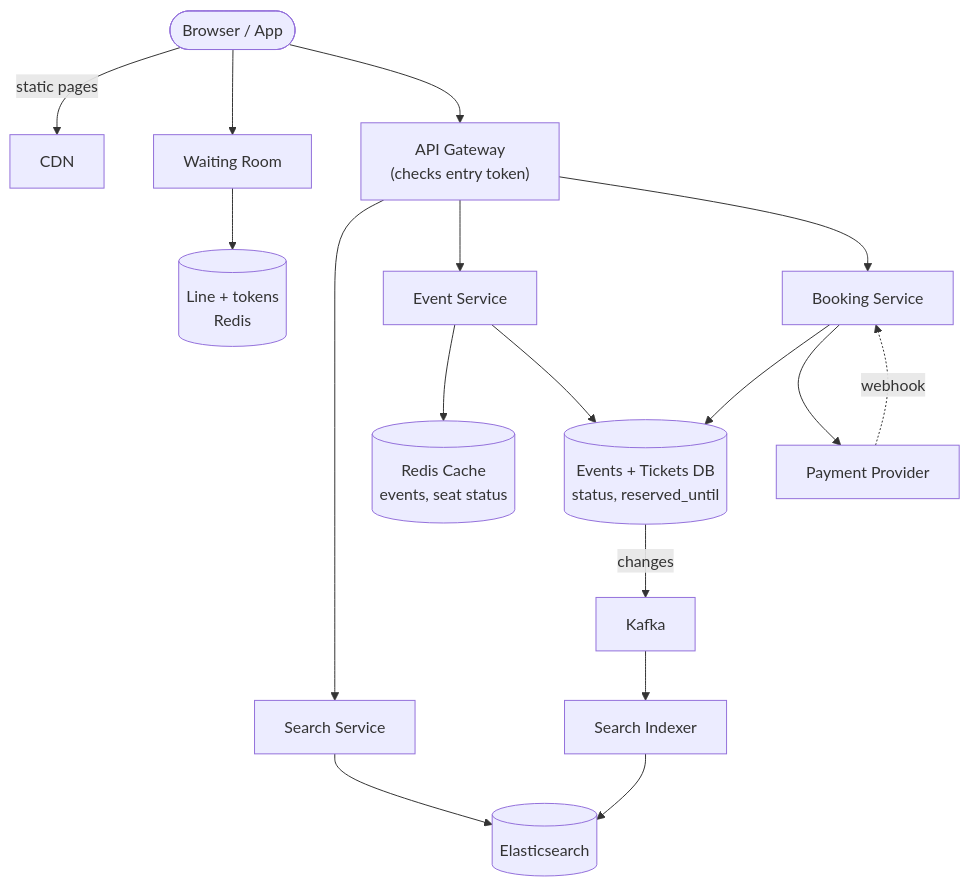
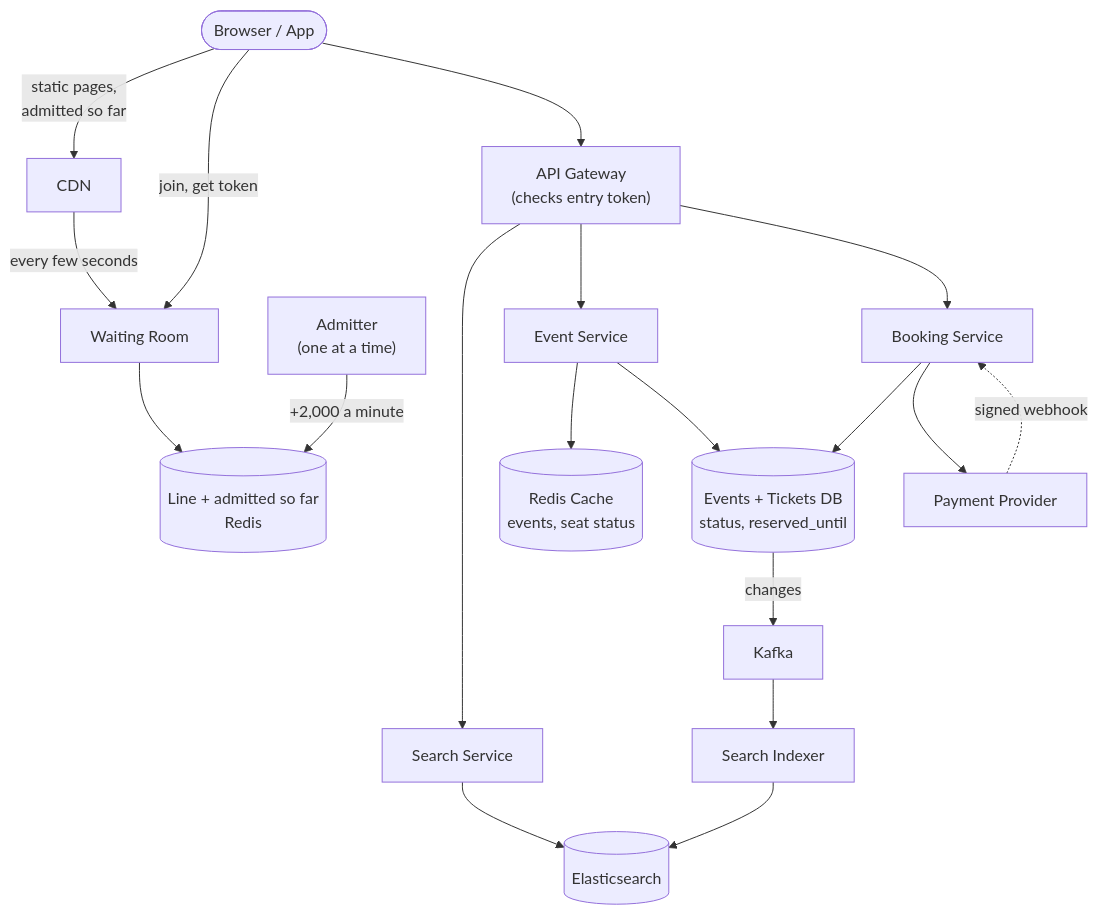
The fourth of 4 diagrams in content/system-design/questions/ticket-booking.mdx (iamrs77/interview-ready), drawn with Mermaid before and after one commit. The commit also changed other lines of this file and 132 other files, not shown here.

````diff
--- a/content/system-design/questions/ticket-booking.mdx
+++ b/content/system-design/questions/ticket-booking.mdx
@@ -249,20 +256,22 @@
 ```mermaid
 flowchart TB
   Client(["Browser / App"]):::client
-  Client -->|"static pages"| CDN["CDN"]:::storage
-  Client --> WR["Waiting Room"]:::service
-  WR --> Line[("Line + tokens<br/>Redis")]:::cache
+  Client -->|"static pages,<br/>admitted so far"| CDN["CDN"]:::storage
+  Client -->|"join, get token"| WR["Waiting Room"]:::service
+  CDN -->|"every few seconds"| WR
+  WR --> Line[("Line + admitted so far<br/>Redis")]:::cache
+  Admitter["Admitter<br/>(one at a time)"]:::service -->|"+2,000 a minute"| Line
   Client --> GW["API Gateway<br/>(checks entry token)"]:::lb
   GW --> Search["Search Service"]:::service
   GW --> Event["Event Service"]:::service
   GW --> Booking["Booking Service"]:::service
   Search --> ES[("Elasticsearch")]:::db
   Event --> Cache[("Redis Cache<br/>events, seat status")]:::cache
   Event --> DB[("Events + Tickets DB<br/>status, reserved_until")]:::db
   Booking --> DB
   Booking --> Pay["Payment Provider"]:::external
-  Pay -.->|"webhook"| Booking
+  Pay -.->|"signed webhook"| Booking
   DB -->|"changes"| Kafka["Kafka"]:::queue
   Kafka --> Indexer["Search Indexer"]:::service
   Indexer --> ES
 ```
````
